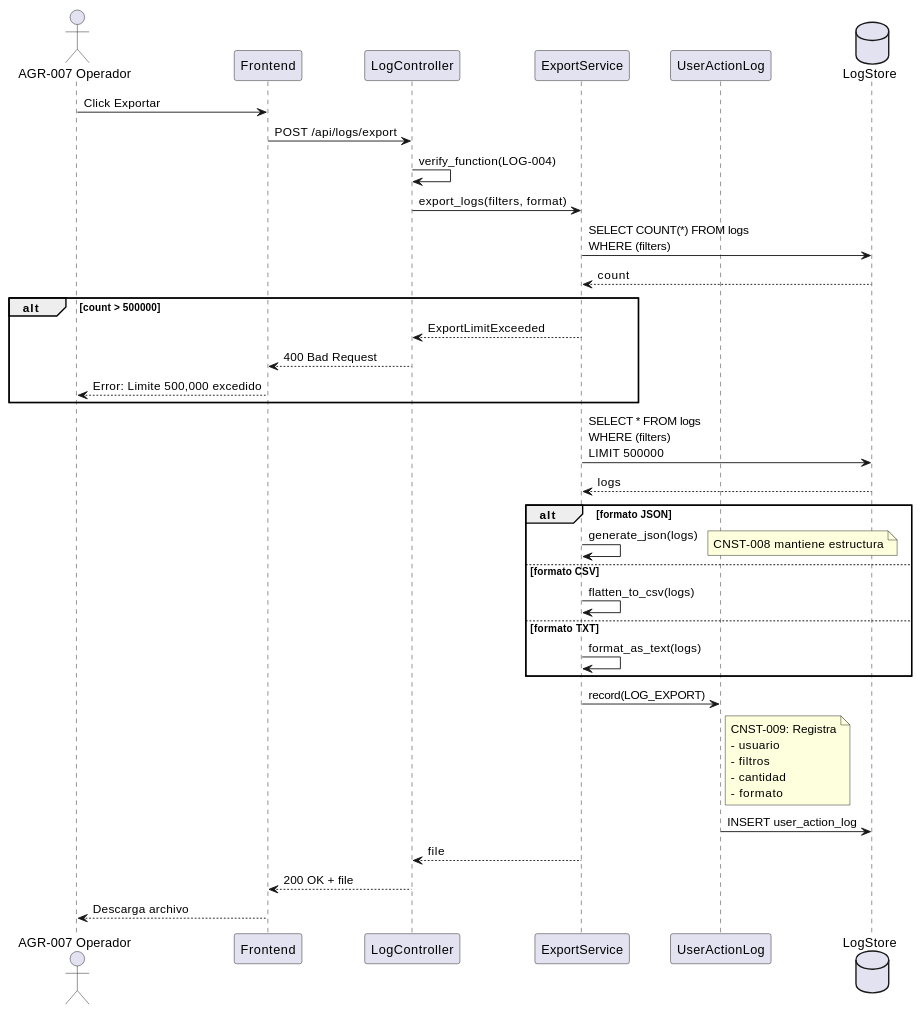
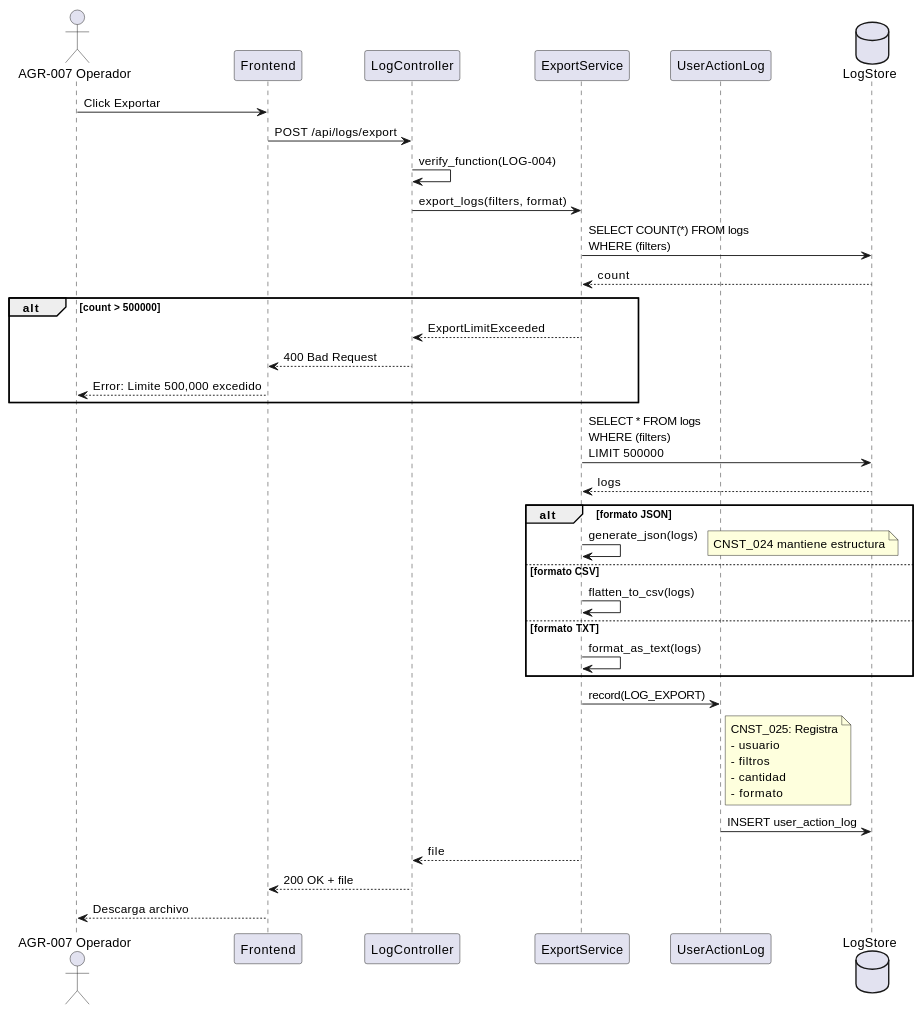
The second of 3 diagrams in source/requisitos/casos_uso/logs/UC_LOG_04_Exportar_Logs.rst (jcg-admin/IACT-docs), drawn with PlantUML before and after one commit. The commit also changed other lines of this file and 67 other files, not shown here.

```diff
--- a/source/requisitos/casos_uso/logs/UC_LOG_04_Exportar_Logs.rst
+++ b/source/requisitos/casos_uso/logs/UC_LOG_04_Exportar_Logs.rst
@@ -158,52 +158,52 @@
 .. uml::
    :caption: Diagrama de Secuencia - UC_LOG_04
 
    @startuml
    actor "AGR-007 Operador" as O
    participant "Frontend" as FE
    participant "LogController" as LC
    participant "ExportService" as ES
    participant "UserActionLog" as UAL
    database "LogStore" as DB
 
    O -> FE: Click Exportar
    FE -> LC: POST /api/logs/export
    LC -> LC: verify_function(LOG-004)
 
    LC -> ES: export_logs(filters, format)
 
    ES -> DB: SELECT COUNT(*) FROM logs\nWHERE (filters)
    DB --> ES: count
 
    alt count > 500000
      ES --> LC: ExportLimitExceeded
      LC --> FE: 400 Bad Request
      FE --> O: Error: Limite 500,000 excedido
    end
 
    ES -> DB: SELECT * FROM logs\nWHERE (filters)\nLIMIT 500000
    DB --> ES: logs
 
    alt formato JSON
      ES -> ES: generate_json(logs)
-     note right: CNST-008 mantiene estructura
+     note right: CNST_024 mantiene estructura
    else formato CSV
      ES -> ES: flatten_to_csv(logs)
    else formato TXT
      ES -> ES: format_as_text(logs)
    end
 
    ES -> UAL: record(LOG_EXPORT)
    note right of UAL
-     CNST-009: Registra
+     CNST_025: Registra
      - usuario
      - filtros
      - cantidad
      - formato
    end note
    UAL -> DB: INSERT user_action_log
 
    ES --> LC: file
    LC --> FE: 200 OK + file
    FE --> O: Descarga archivo
    @enduml
```
